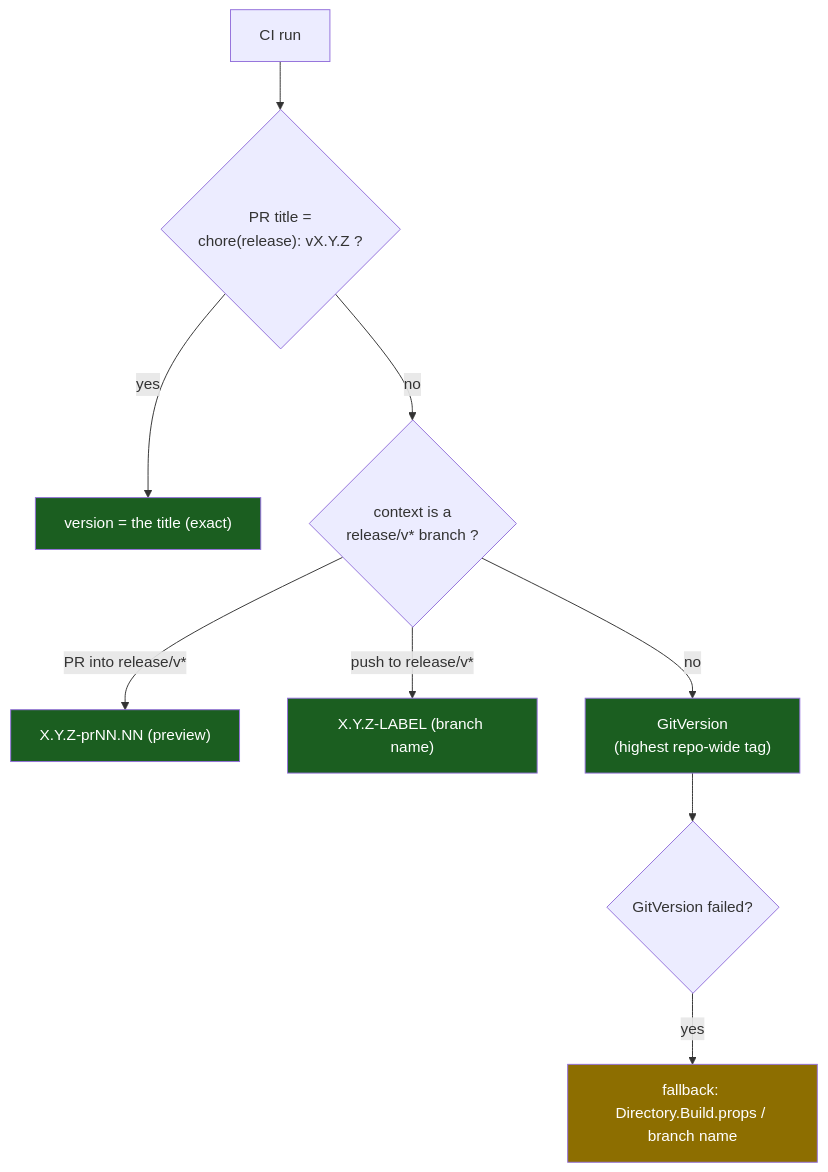
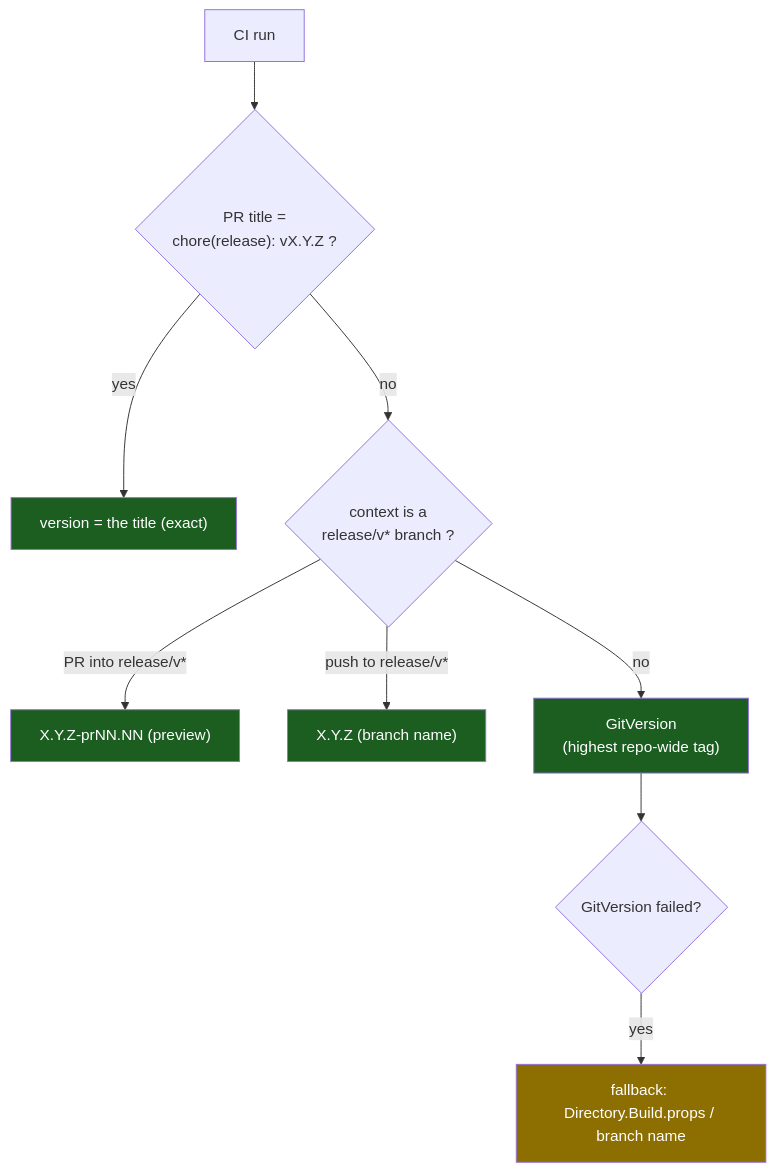
The second of 4 diagrams in docs/RELEASING.md (whizbang-lib/whizbang), drawn with Mermaid before and after one commit. The commit also changed other lines of this file and 5 other files, not shown here.

First line of the commit message:
docs(releasing): supported flows, recovery and a release skill for Claude sessions

````diff
--- a/docs/RELEASING.md
+++ b/docs/RELEASING.md
@@ -99,13 +138,13 @@
 ```mermaid
 flowchart TD
   A[CI run] --> T{"PR title =<br/>chore(release): vX.Y.Z ?"}
   T -- yes --> TV["version = the title (exact)"]:::win
   T -- no --> B{"context is a<br/>release/v* branch ?"}
   B -- "PR into release/v*" --> BV1["X.Y.Z-prNN.NN (preview)"]:::win
-  B -- "push to release/v*" --> BV2["X.Y.Z-LABEL (branch name)"]:::win
+  B -- "push to release/v*" --> BV2["X.Y.Z (branch name)"]:::win
   B -- no --> G["GitVersion<br/>(highest repo-wide tag)"]:::win
   G --> F{"GitVersion failed?"}
   F -- yes --> FB["fallback: Directory.Build.props / branch name"]:::warn
   classDef win fill:#1b5e20,color:#fff
   classDef warn fill:#8d6e00,color:#fff
 ```
````
